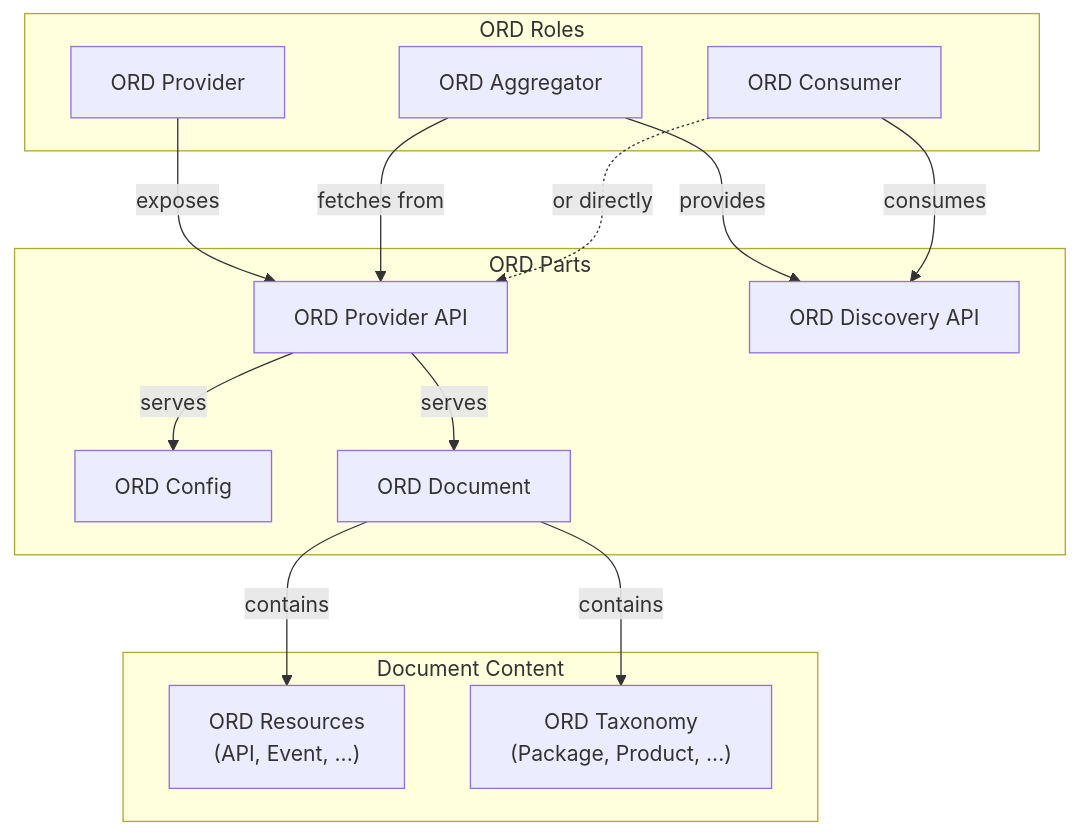
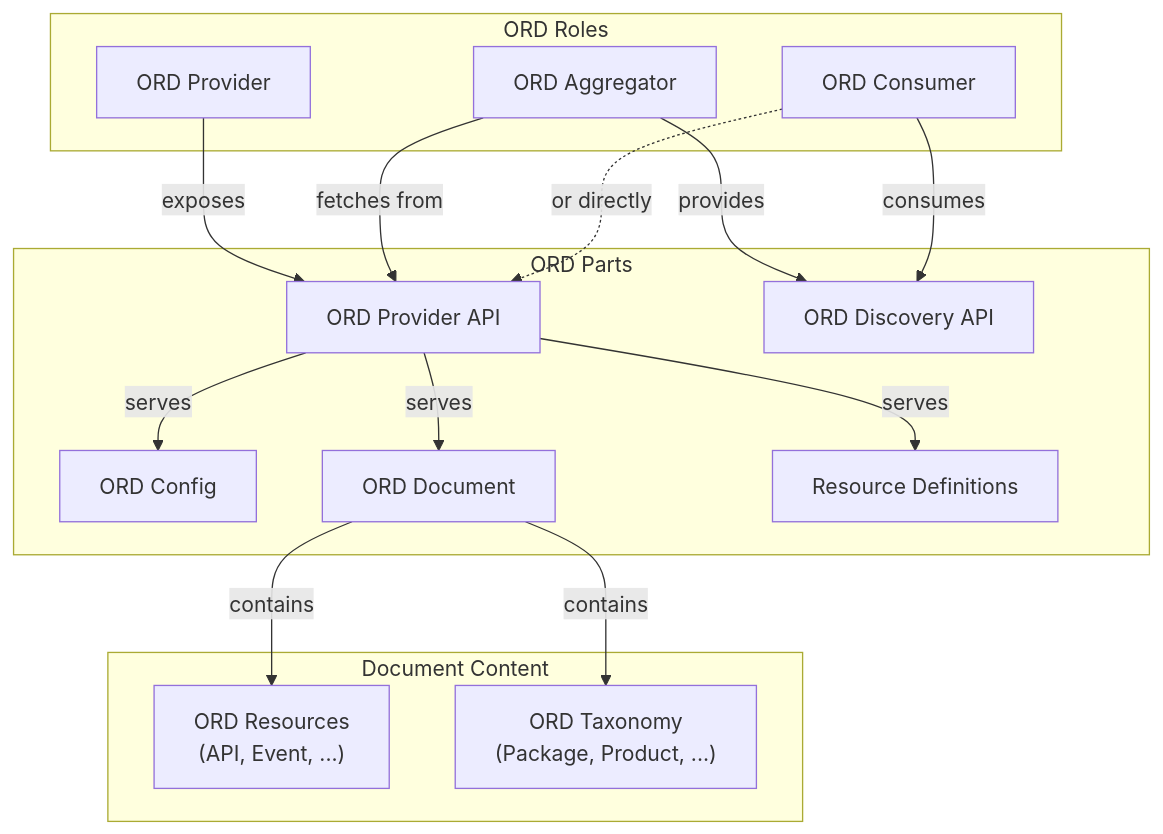
Before and after one commit to open-resource-discovery/specification: the diagram in docs/spec-v1/index.md, drawn with Mermaid. The commit also changed other lines of this file, not shown here.

Commit message:
Add ORD Resources Section and add it to overview diagram

````diff
--- a/docs/spec-v1/index.md
+++ b/docs/spec-v1/index.md
@@ -17,40 +17,43 @@
 ```mermaid
 flowchart TB
     subgraph Roles["ORD Roles"]
         Provider["ORD Provider"]
         Aggregator["ORD Aggregator"]
         Consumer["ORD Consumer"]
     end
 
     subgraph Parts["ORD Parts"]
         ProviderAPI["ORD Provider API"]
         Config["ORD Config"]
         Document["ORD Document"]
+        Definitions["Resource Definitions"]
         DiscoveryAPI["ORD Discovery API"]
     end
 
     subgraph Content["Document Content"]
         Resources["ORD Resources<br/>(API, Event, ...)"]
         Taxonomy["ORD Taxonomy<br/>(Package, Product, ...)"]
     end
 
     Provider -->|exposes| ProviderAPI
     ProviderAPI -->|serves| Config
     ProviderAPI -->|serves| Document
+    ProviderAPI -->|serves| Definitions
     Document -->|contains| Resources
     Document -->|contains| Taxonomy
     Aggregator -->|fetches from| ProviderAPI
     Aggregator -->|provides| DiscoveryAPI
     Consumer -->|consumes| DiscoveryAPI
     Consumer -.->|or directly| ProviderAPI
 
     click Provider "#ord-provider"
     click Aggregator "#ord-aggregator"
     click Consumer "#ord-consumer"
     click ProviderAPI "#ord-provider-api"
     click Config "#ord-configuration-endpoint"
     click Document "#ord-document"
+    click Definitions "#resource-definitions"
     click DiscoveryAPI "#ord-discovery-api"
     click Resources "#ord-resource"
     click Taxonomy "#ord-taxonomy"
 ```
````
